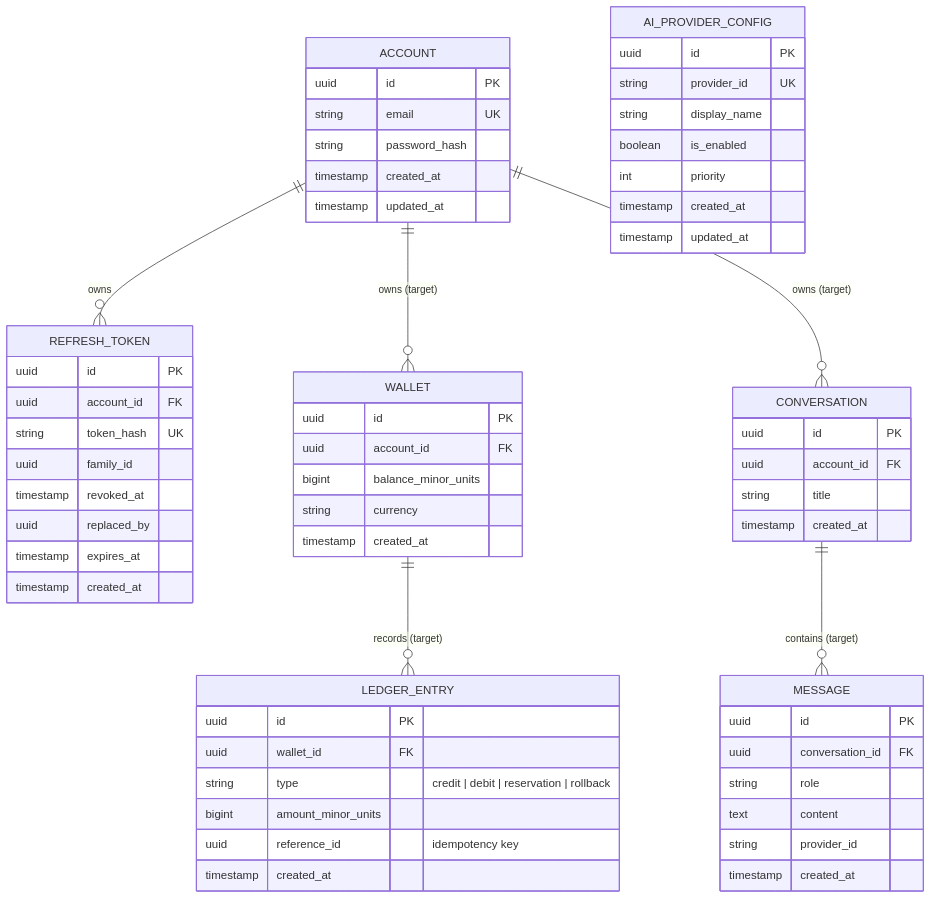
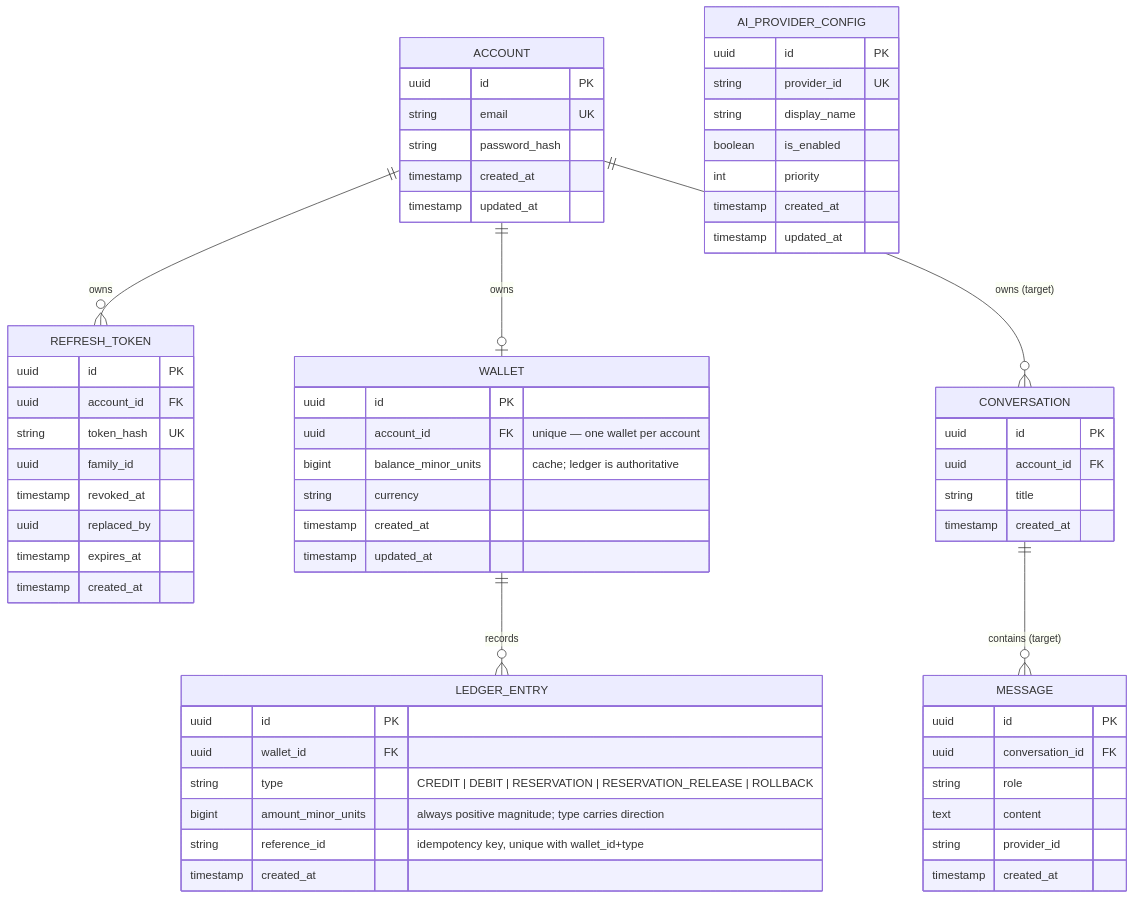
One commit to amirhaslany-ai/AIFA changed the diagram in Platform/docs/architecture/database-standards.md. Above: the diagram before and after it, drawn with Mermaid. The commit also changed other lines of this file and 33 other files, not shown here.

````diff
--- a/Platform/docs/architecture/database-standards.md
+++ b/Platform/docs/architecture/database-standards.md
@@ -7,67 +7,68 @@
 ```mermaid
 erDiagram
-    %% --- Implemented (Sprint 1: Identity) ---
+    %% --- Implemented (Sprint 1: Identity + Wallet) ---
     ACCOUNT {
         uuid id PK
         string email UK
         string password_hash
         timestamp created_at
         timestamp updated_at
     }
     REFRESH_TOKEN {
         uuid id PK
         uuid account_id FK
         string token_hash UK
         uuid family_id
         timestamp revoked_at
         uuid replaced_by
         timestamp expires_at
         timestamp created_at
     }
     AI_PROVIDER_CONFIG {
         uuid id PK
         string provider_id UK
         string display_name
         boolean is_enabled
         int priority
         timestamp created_at
         timestamp updated_at
     }
-    ACCOUNT ||--o{ REFRESH_TOKEN : "owns"
-
-    %% --- Target design, NOT implemented (see wallet-architecture.md / pricing-architecture.md) ---
     WALLET {
         uuid id PK
-        uuid account_id FK
-        bigint balance_minor_units
+        uuid account_id FK "unique — one wallet per account"
+        bigint balance_minor_units "cache; ledger is authoritative"
         string currency
         timestamp created_at
+        timestamp updated_at
     }
     LEDGER_ENTRY {
         uuid id PK
         uuid wallet_id FK
-        string type "credit | debit | reservation | rollback"
-        bigint amount_minor_units
-        uuid reference_id "idempotency key"
+        string type "CREDIT | DEBIT | RESERVATION | RESERVATION_RELEASE | ROLLBACK"
+        bigint amount_minor_units "always positive magnitude; type carries direction"
+        string reference_id "idempotency key, unique with wallet_id+type"
         timestamp created_at
     }
+    ACCOUNT ||--o{ REFRESH_TOKEN : "owns"
+    ACCOUNT ||--o| WALLET : "owns"
+    WALLET ||--o{ LEDGER_ENTRY : "records"
+
+    %% --- Target design, NOT implemented (see pricing-architecture.md) ---
     CONVERSATION {
         uuid id PK
         uuid account_id FK
         string title
         timestamp created_at
     }
     MESSAGE {
         uuid id PK
         uuid conversation_id FK
         string role
         text content
         string provider_id
         timestamp created_at
     }
 
-    ACCOUNT ||--o{ WALLET : "owns (target)"
-    WALLET ||--o{ LEDGER_ENTRY : "records (target)"
     ACCOUNT ||--o{ CONVERSATION : "owns (target)"
     CONVERSATION ||--o{ MESSAGE : "contains (target)"
 ```
````
